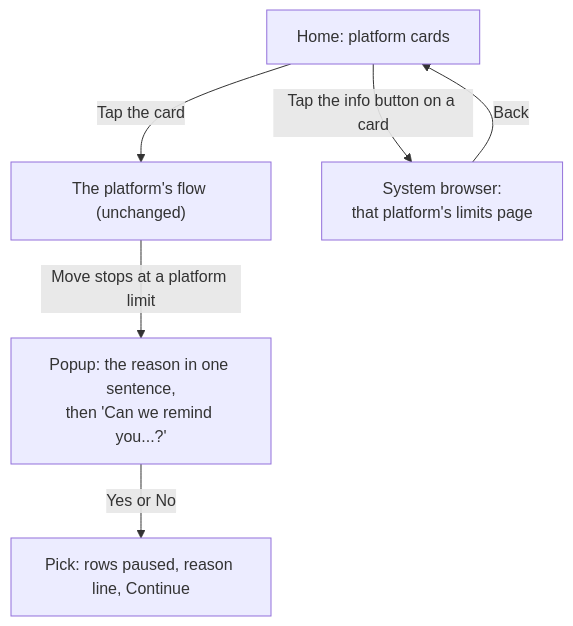
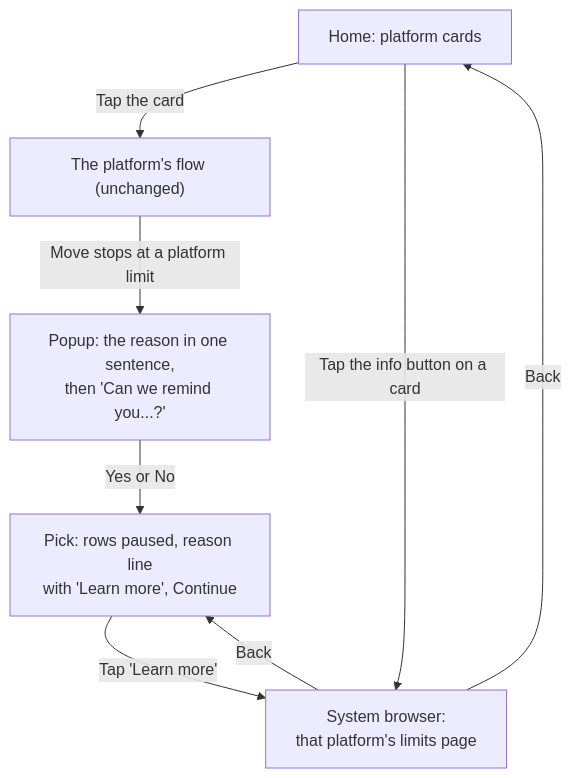
Before and after one commit to Dodo-Tech-Hub/magpie: the diagram in specs/009-limit-reasons/spec.md, drawn with Mermaid. The commit also changed other lines of this file, not shown here.

Commit message:
docs(spec): clarify Learn more link on Pick in 009

````diff
--- a/specs/009-limit-reasons/spec.md
+++ b/specs/009-limit-reasons/spec.md
@@ -33,9 +34,11 @@
 ```mermaid
 flowchart TD
     Home["Home: platform cards"] -->|Tap the card| Flow["The platform's flow (unchanged)"]
     Home -->|Tap the info button on a card| Browser["System browser:<br/>that platform's limits page"]
     Browser -->|Back| Home
 
     Flow -->|Move stops at a platform limit| Popup["Popup: the reason in one sentence,<br/>then 'Can we remind you...?'"]
-    Popup -->|Yes or No| Pick["Pick: rows paused, reason line, Continue"]
+    Popup -->|Yes or No| Pick["Pick: rows paused, reason line<br/>with 'Learn more', Continue"]
+    Pick -->|Tap 'Learn more'| Browser
+    Browser -->|Back| Pick
 ```
````
